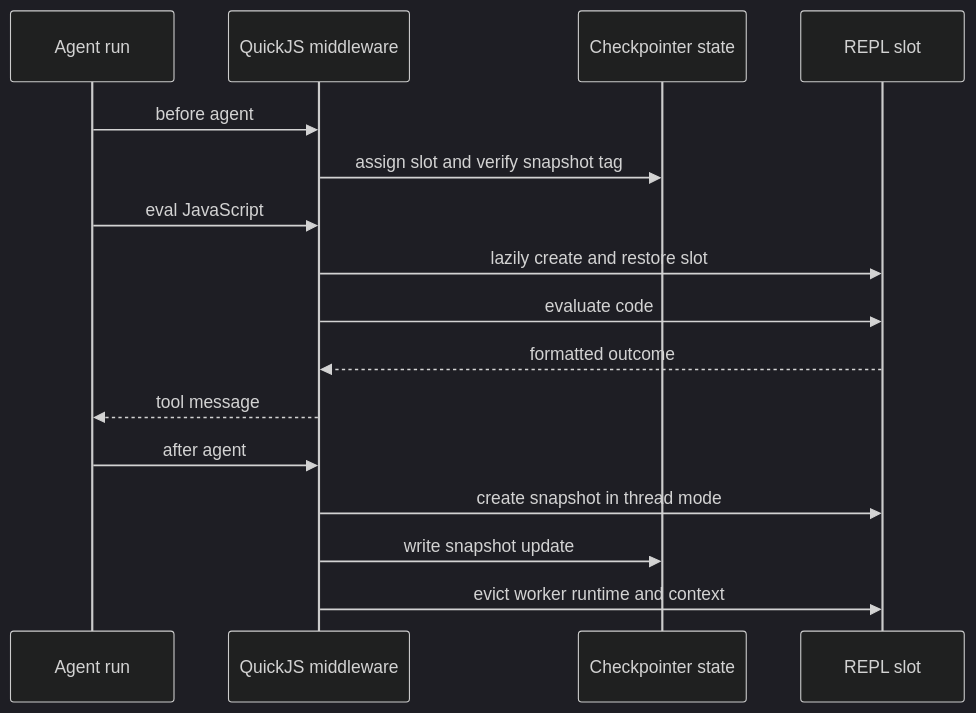
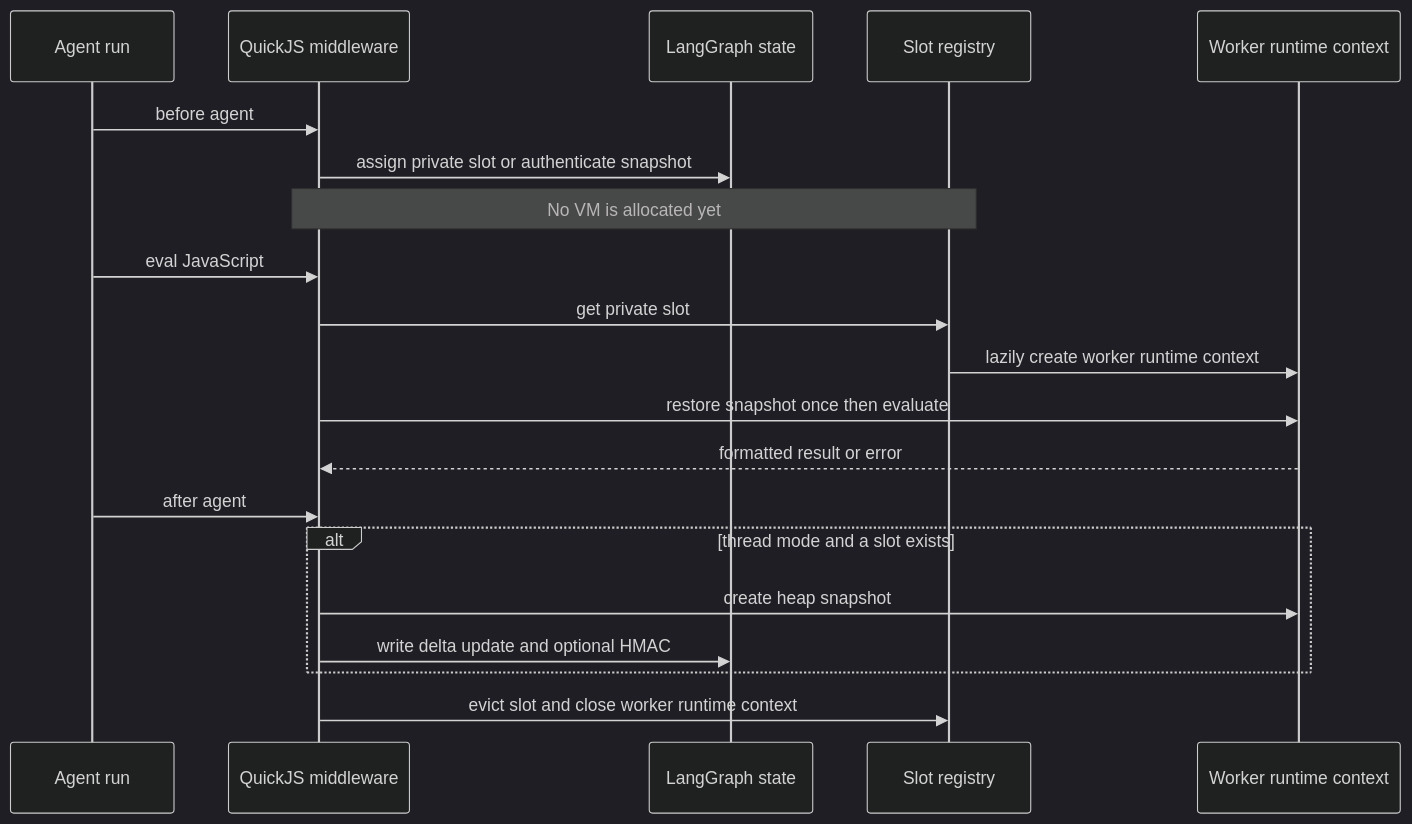
The diagram in openwiki/integrations/sandbox-partners.md (langchain-ai/deepagents), drawn with Mermaid (dark theme) before and after one commit. The commit also changed other lines of this file and 14 other files, not shown here.

````diff
--- a/openwiki/integrations/sandbox-partners.md
+++ b/openwiki/integrations/sandbox-partners.md
@@ -141,18 +91,22 @@
 ```mermaid
 sequenceDiagram
-    participant Agent as Agent run
-    participant Middleware as QuickJS middleware
-    participant StateStore as Checkpointer state
-    participant Slot as REPL slot
-    Agent->>Middleware: before agent
-    Middleware->>StateStore: assign slot and verify snapshot tag
-    Agent->>Middleware: eval JavaScript
-    Middleware->>Slot: lazily create and restore slot
-    Middleware->>Slot: evaluate code
-    Slot-->>Middleware: formatted outcome
-    Middleware-->>Agent: tool message
-    Agent->>Middleware: after agent
-    Middleware->>Slot: create snapshot in thread mode
-    Middleware->>StateStore: write snapshot update
-    Middleware->>Slot: evict worker runtime and context
+    participant Run as Agent run
+    participant MW as QuickJS middleware
+    participant Store as LangGraph state
+    participant Reg as Slot registry
+    participant QJS as Worker runtime context
+    Run->>MW: before agent
+    MW->>Store: assign private slot or authenticate snapshot
+    Note over MW,Reg: No VM is allocated yet
+    Run->>MW: eval JavaScript
+    MW->>Reg: get private slot
+    Reg->>QJS: lazily create worker runtime context
+    MW->>QJS: restore snapshot once then evaluate
+    QJS-->>MW: formatted result or error
+    Run->>MW: after agent
+    alt thread mode and a slot exists
+        MW->>QJS: create heap snapshot
+        MW->>Store: write delta update and optional HMAC
+    end
+    MW->>Reg: evict slot and close worker runtime context
 ```
````
